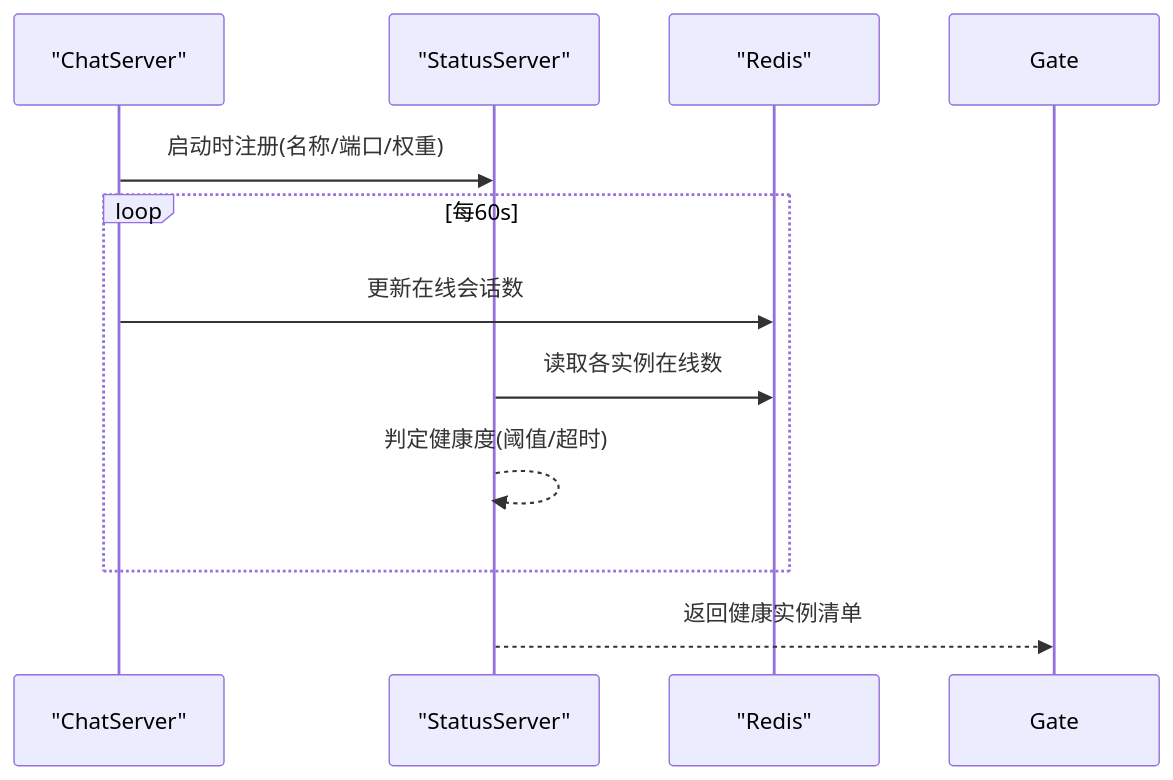
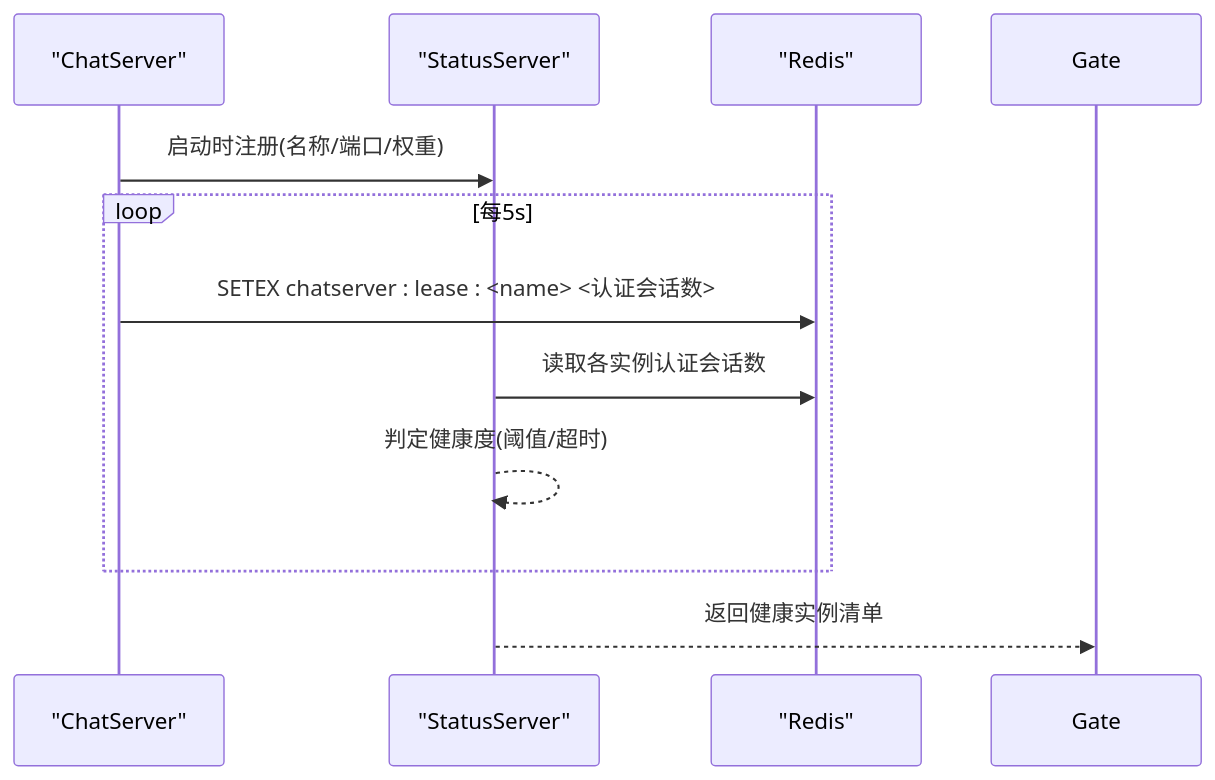
One commit to echo9923/mychatter changed the seventh of 9 diagrams in .qoder/repowiki/zh/content/分布式系统/负载均衡.md. Above: the diagram before and after it, drawn with Mermaid. The commit also changed other lines of this file and 107 other files, not shown here.

````diff
--- a/.qoder/repowiki/zh/content/分布式系统/负载均衡.md
+++ b/.qoder/repowiki/zh/content/分布式系统/负载均衡.md
@@ -263,13 +303,13 @@
 ```mermaid
 sequenceDiagram
 participant Chat as "ChatServer"
 participant Status as "StatusServer"
 participant Redis as "Redis"
 Chat->>Status : 启动时注册(名称/端口/权重)
-loop 每60s
-Chat->>Redis : 更新在线会话数
-Status->>Redis : 读取各实例在线数
+loop 每5s
+Chat->>Redis : SETEX chatserver : lease : <name> <认证会话数>
+Status->>Redis : 读取各实例认证会话数
 Status-->>Status : 判定健康度(阈值/超时)
 end
 Status-->>Gate : 返回健康实例清单
 ```
````
